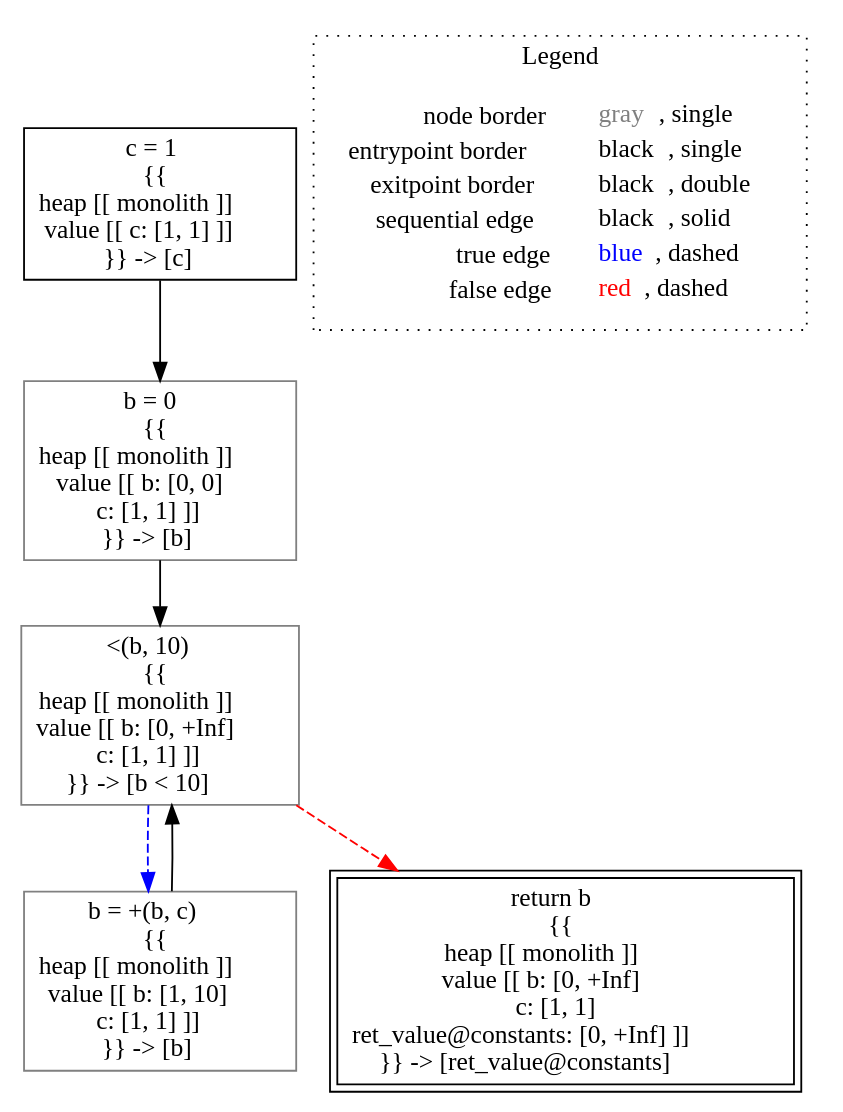
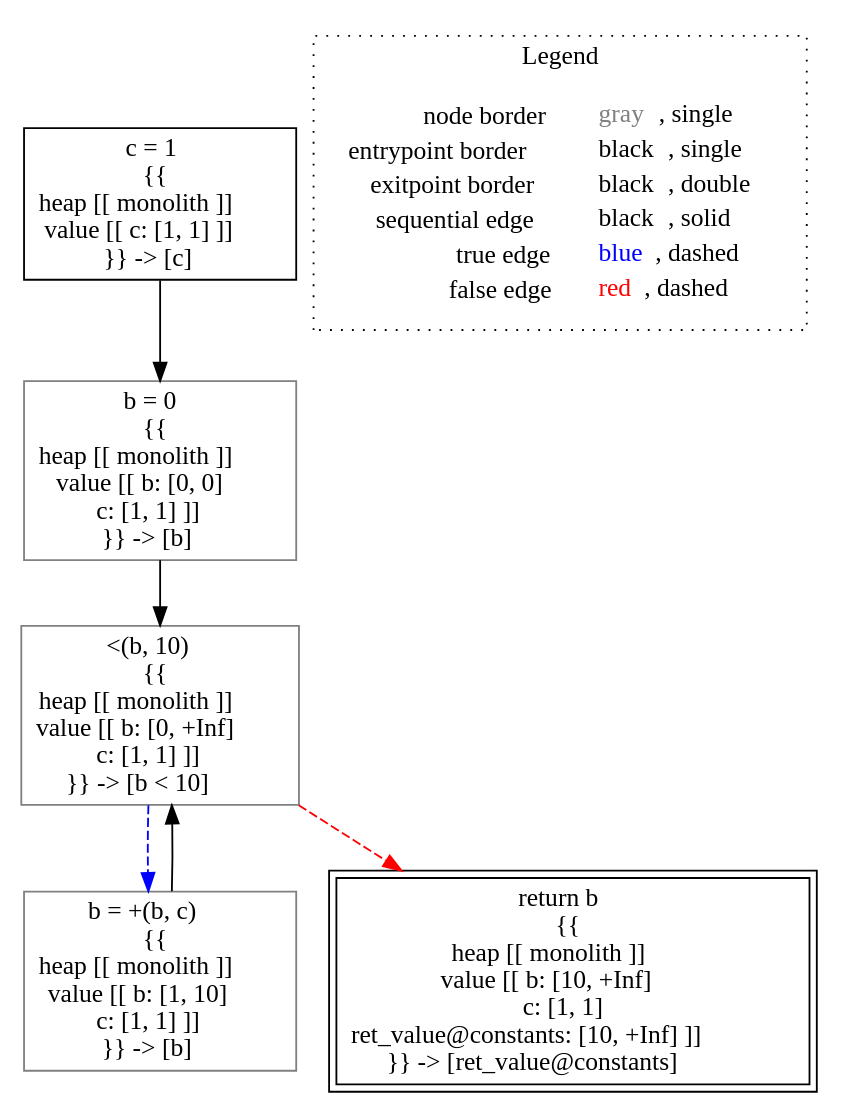
Before and after one commit to lisa-analyzer/lisa: the diagram in lisa/imp-testcases/interval/analysis___untyped_tutorial.constants(tutorial_this).dot, drawn with Graphviz. The commit also changed 14 other files, not shown here.

```diff
--- a/lisa/imp-testcases/interval/analysis___untyped_tutorial.constants(tutorial_this).dot
+++ b/lisa/imp-testcases/interval/analysis___untyped_tutorial.constants(tutorial_this).dot
@@ -1,19 +1,19 @@
 digraph {
 	"node0" [shape="rect",color="black",label=<c = 1<BR/>{{<BR/>heap [[ monolith ]]<BR/>value [[ c: [1, 1] ]]<BR/>}} -&gt; [c]>];
-	"node1" [shape="rect",color="black",peripheries="2",label=<return b<BR/>{{<BR/>heap [[ monolith ]]<BR/>value [[ b: [0, +Inf]<BR/>c: [1, 1]<BR/>ret_value@constants: [0, +Inf] ]]<BR/>}} -&gt; [ret_value@constants]>];
+	"node1" [shape="rect",color="black",peripheries="2",label=<return b<BR/>{{<BR/>heap [[ monolith ]]<BR/>value [[ b: [10, +Inf]<BR/>c: [1, 1]<BR/>ret_value@constants: [10, +Inf] ]]<BR/>}} -&gt; [ret_value@constants]>];
 	"node2" [shape="rect",color="gray",label=<b = 0<BR/>{{<BR/>heap [[ monolith ]]<BR/>value [[ b: [0, 0]<BR/>c: [1, 1] ]]<BR/>}} -&gt; [b]>];
 	"node3" [shape="rect",color="gray",label=<b = +(b, c)<BR/>{{<BR/>heap [[ monolith ]]<BR/>value [[ b: [1, 10]<BR/>c: [1, 1] ]]<BR/>}} -&gt; [b]>];
 	"node4" [shape="rect",color="gray",label=<&lt;(b, 10)<BR/>{{<BR/>heap [[ monolith ]]<BR/>value [[ b: [0, +Inf]<BR/>c: [1, 1] ]]<BR/>}} -&gt; [b &lt; 10]>];
 	"node2" -> "node4" [color="black"];
 	"node3" -> "node4" [color="black"];
 	"node0" -> "node2" [color="black"];
 	"node4" -> "node1" [color="red",style="dashed"];
 	"node4" -> "node3" [color="blue",style="dashed"];
 subgraph cluster_legend {
 	label="Legend";
 	style=dotted;
 	node [shape=plaintext];
 	"legend" [label=<<table border="0" cellpadding="2" cellspacing="0" cellborder="0"><tr><td align="right">node border&nbsp;</td><td align="left"><font color="gray">gray</font>, single</td></tr><tr><td align="right">entrypoint border&nbsp;</td><td align="left"><font color="black">black</font>, single</td></tr><tr><td align="right">exitpoint border&nbsp;</td><td align="left"><font color="black">black</font>, double</td></tr><tr><td align="right">sequential edge&nbsp;</td><td align="left"><font color="black">black</font>, solid</td></tr><tr><td align="right">true edge&nbsp;</td><td align="left"><font color="blue">blue</font>, dashed</td></tr><tr><td align="right">false edge&nbsp;</td><td align="left"><font color="red">red</font>, dashed</td></tr></table>>];
 }
 
 }
```
